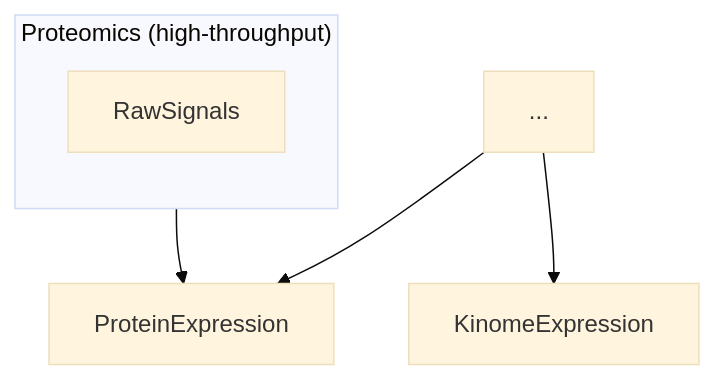
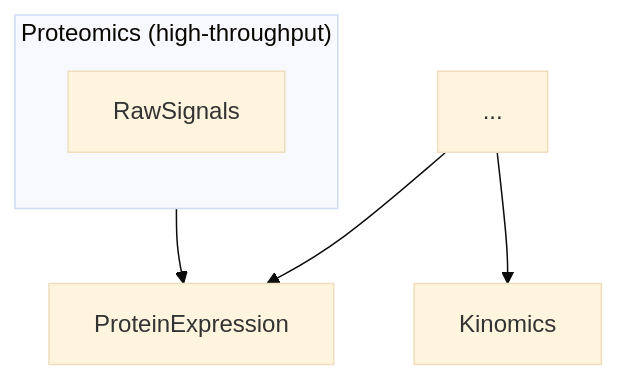
Before and after one commit to nf-osi/nf-metadata-dictionary: the third of 4 diagrams in datatype-viz.md, drawn with Mermaid (base theme). The commit also changed other lines of this file, not shown here.

````diff
--- a/datatype-viz.md
+++ b/datatype-viz.md
@@ -64,13 +65,13 @@
 ```mermaid
 flowchart TB
 
   Other[...]-->ProteinExpression
-  Other[...]-->KinomeExpression
+  Other[...]-->Kinomics
   RawSignals-->ProteinExpression
 
   subgraph Proteomics["Proteomics (high-throughput)"]
     direction TB
     RawSignals
    
     end
 ```
````
